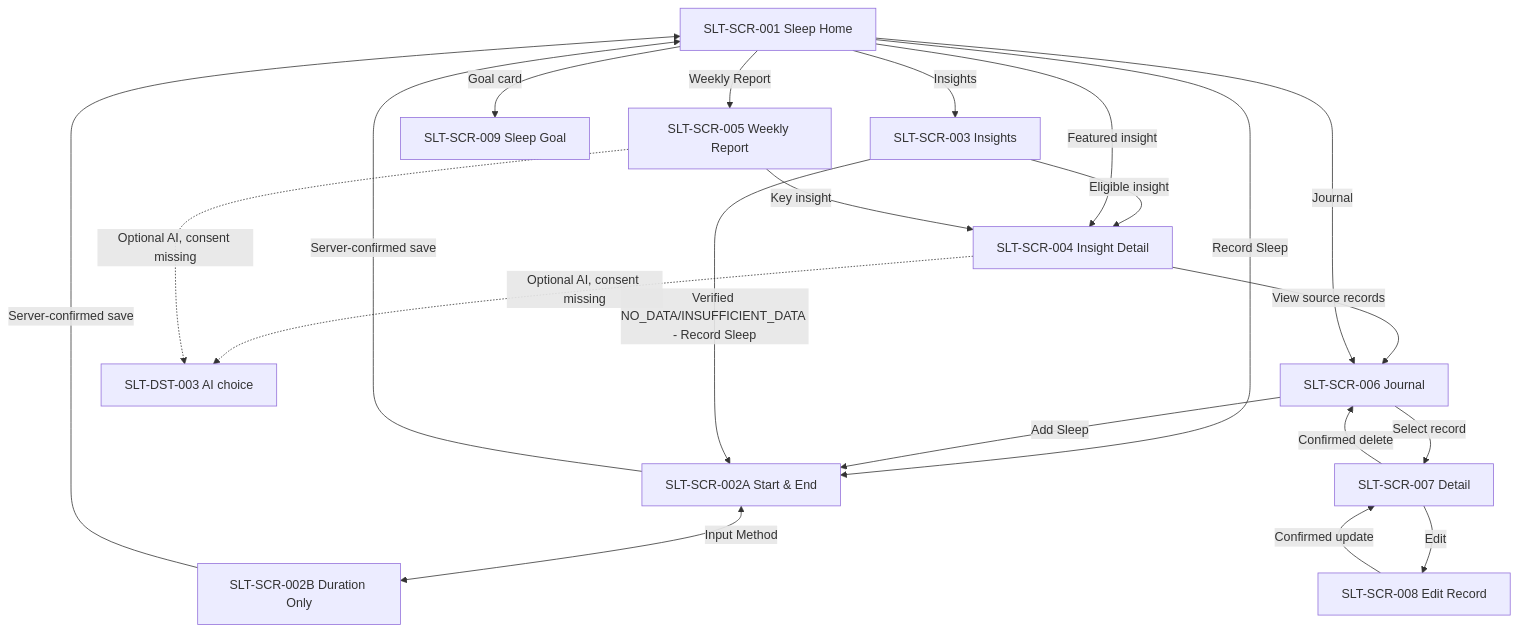
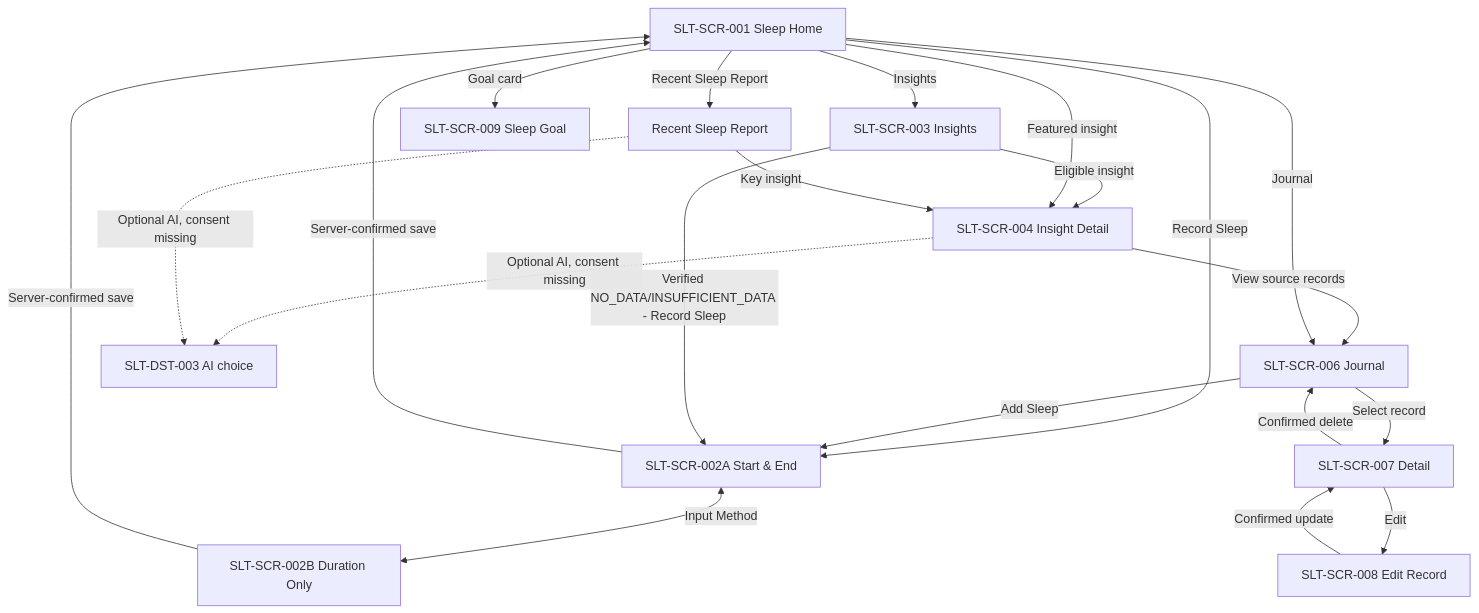
Before and after one commit to vitaloom/vitaloom-design: the diagram in sleep-tracking/BEHAVIOR.md, drawn with Mermaid. The commit also changed other lines of this file and 20 other files, not shown here.

````diff
--- a/sleep-tracking/BEHAVIOR.md
+++ b/sleep-tracking/BEHAVIOR.md
@@ -29,34 +29,34 @@
 ```mermaid
 flowchart TD
   A[SLT-SCR-001 Sleep Home]
   B[SLT-SCR-002A Start & End]
   C[SLT-SCR-002B Duration Only]
   D[SLT-SCR-003 Insights]
   E[SLT-SCR-004 Insight Detail]
-  F[SLT-SCR-005 Weekly Report]
+  F[Recent Sleep Report]
   J[SLT-SCR-006 Journal]
   R[SLT-SCR-007 Detail]
   U[SLT-SCR-008 Edit Record]
   G[SLT-SCR-009 Sleep Goal]
   X[SLT-DST-003 AI choice]
   A -->|Record Sleep| B
   B <-->|Input Method| C
   B -->|Server-confirmed save| A
   C -->|Server-confirmed save| A
   A -->|Insights| D
   D -->|Eligible insight| E
   A -->|Featured insight| E
   E -->|View source records| J
   J -->|Select record| R
   R -->|Edit| U
   U -->|Confirmed update| R
   R -->|Confirmed delete| J
   J -->|Add Sleep| B
   A -->|Journal| J
   A -->|Goal card| G
   D -->|Verified NO_DATA/INSUFFICIENT_DATA - Record Sleep| B
-  A -->|Weekly Report| F
+  A -->|Recent Sleep Report| F
   F -->|Key insight| E
   E -.->|Optional AI, consent missing| X
   F -.->|Optional AI, consent missing| X
 ```
````
